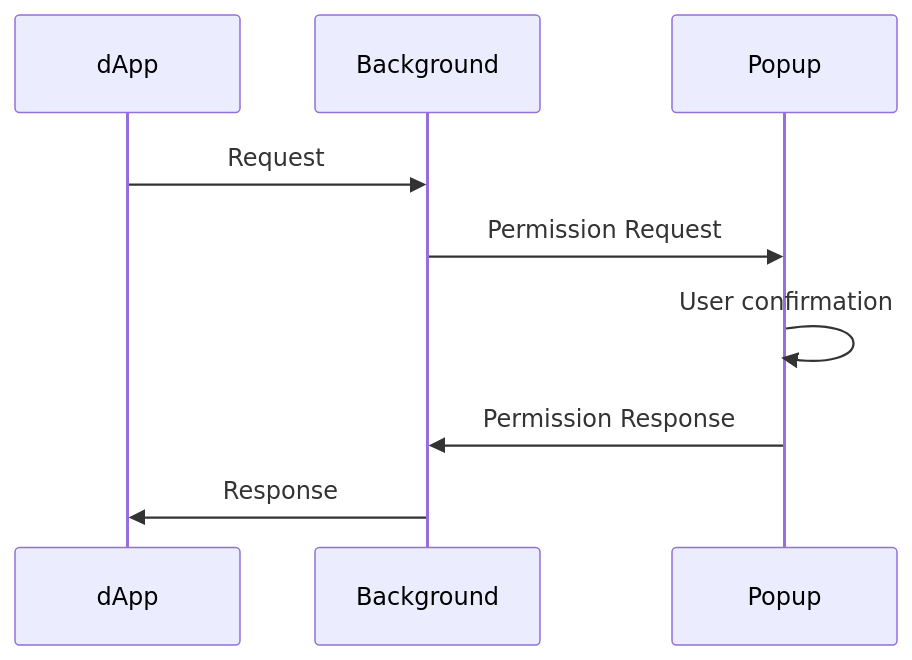
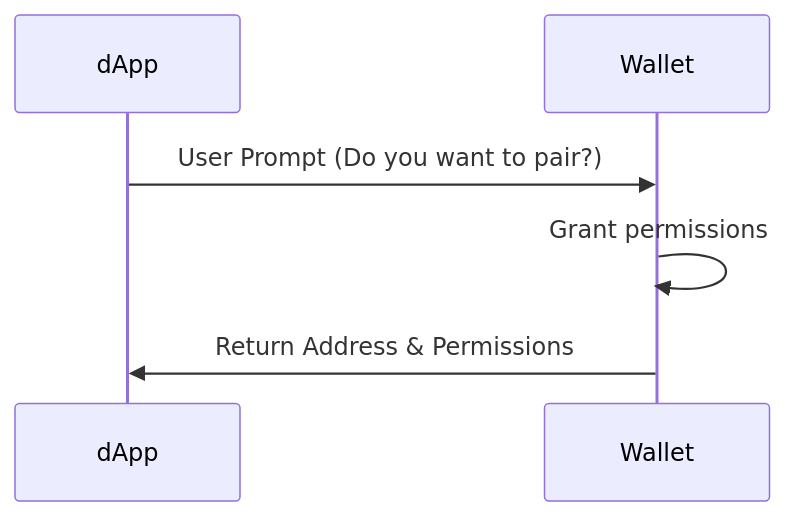
The second of 5 diagrams in flows/P2PDirect.md (airgap-it/beacon-sdk), drawn with Mermaid before and after one commit. The commit also changed other lines of this file and 1 other file, not shown here.

````diff
--- a/flows/P2PDirect.md
+++ b/flows/P2PDirect.md
@@ -20,8 +16,6 @@
 ```mermaid
 sequenceDiagram
-    dApp->>Background: Request
-    Background->>Popup: Permission Request
-    Popup->>Popup: User confirmation
-    Popup->>Background: Permission Response
-    Background->>dApp: Response
+    dApp->>Wallet: User Prompt (Do you want to pair?)
+    Wallet->>Wallet: Grant permissions
+    Wallet->>dApp: Return Address & Permissions
 ```
````
